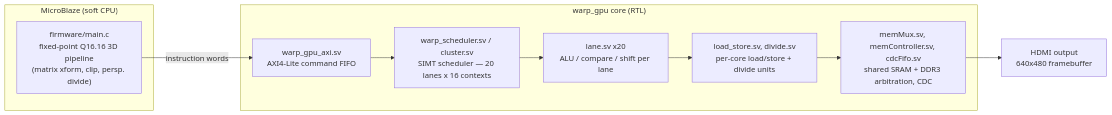
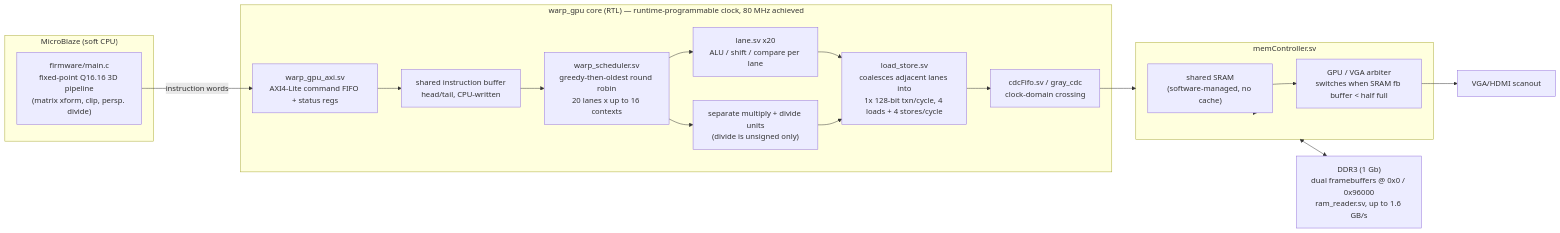
One commit to alexandergdot123/warp-simd-fpga-gpu changed the diagram in README.md. Above: the diagram before and after it, drawn with Mermaid. The commit also changed other lines of this file, not shown here.

First line of the commit message:
Expand README architecture detail

````diff
--- a/README.md
+++ b/README.md
@@ -28,16 +28,26 @@
 ```mermaid
 flowchart LR
     subgraph Host["MicroBlaze (soft CPU)"]
         FW["firmware/main.c\nfixed-point Q16.16 3D pipeline\n(matrix xform, clip, persp. divide)"]
     end
-    subgraph GPU["warp_gpu core (RTL)"]
-        AXI["warp_gpu_axi.sv\nAXI4-Lite command FIFO"]
-        SCHED["warp_scheduler.sv / cluster.sv\nSIMT scheduler — 20 lanes x 16 contexts"]
-        LANE["lane.sv x20\nALU / compare / shift per lane"]
-        LSU["load_store.sv, divide.sv\nper-core load/store + divide units"]
-        MEM["memMux.sv, memController.sv, cdcFifo.sv\nshared SRAM + DDR3 arbitration, CDC"]
+    subgraph GPU["warp_gpu core (RTL) — runtime-programmable clock, 80 MHz achieved"]
+        AXI["warp_gpu_axi.sv\nAXI4-Lite command FIFO + status regs"]
+        IBUF["shared instruction buffer\nhead/tail, CPU-written"]
+        SCHED["warp_scheduler.sv\ngreedy-then-oldest round robin\n20 lanes x up to 16 contexts"]
+        LANE["lane.sv x20\nALU / shift / compare per lane"]
+        MULDIV["separate multiply + divide units\n(divide is unsigned only)"]
+        LSU["load_store.sv\ncoalesces adjacent lanes into\n1x 128-bit txn/cycle, 4 loads + 4 stores/cycle"]
+        CDC["cdcFifo.sv / gray_cdc\nclock-domain crossing"]
     end
-    DISP["HDMI output\n640x480 framebuffer"]
+    subgraph MC["memController.sv"]
+        SRAM["shared SRAM\n(software-managed, no cache)"]
+        MUX["GPU / VGA arbiter\nswitches when SRAM fb buffer < half full"]
+    end
+    VGA["VGA/HDMI scanout"]
+    DDR3["DDR3 (1 Gb)\ndual framebuffers @ 0x0 / 0x96000\nram_reader.sv, up to 1.6 GB/s"]
 
-    FW -- "instruction words" --> AXI --> SCHED --> LANE --> LSU --> MEM --> DISP
+    FW -- "instruction words" --> AXI --> IBUF --> SCHED
+    SCHED --> LANE & MULDIV --> LSU --> CDC --> MC
+    MC --> SRAM --> MUX --> VGA
+    MC <--> DDR3
 ```
````
